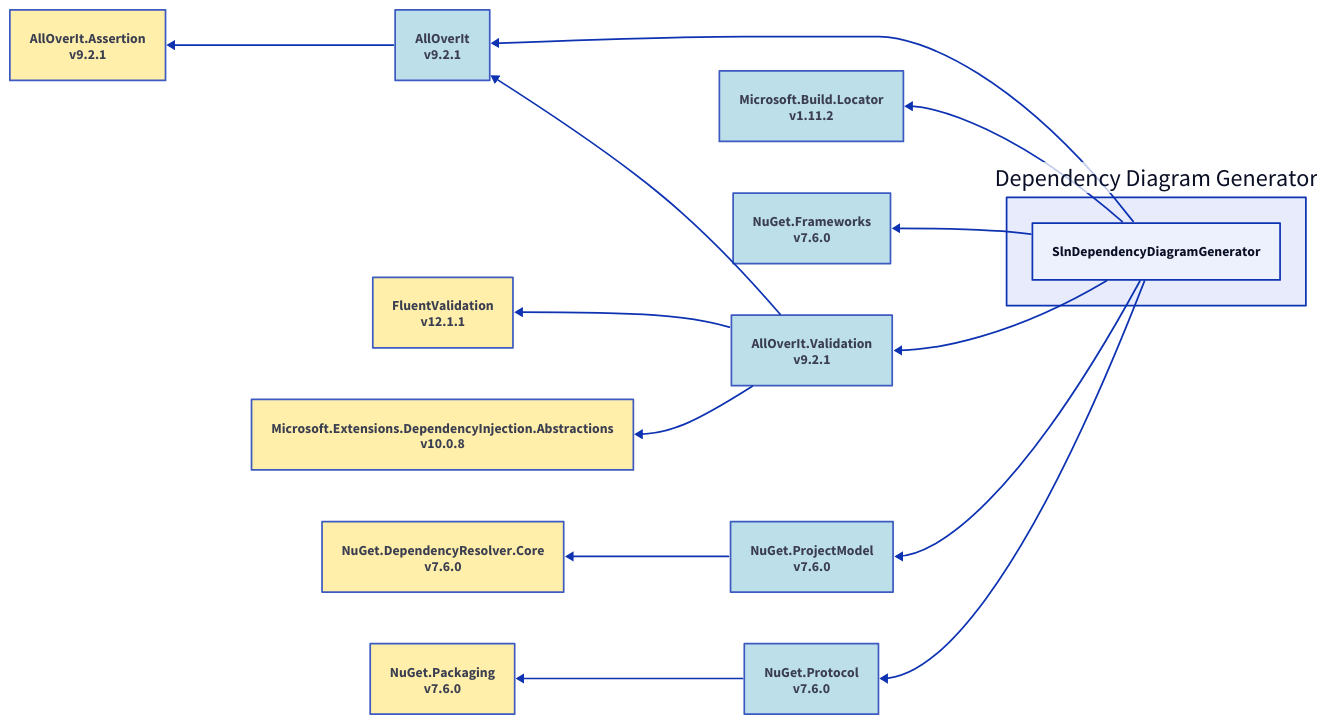
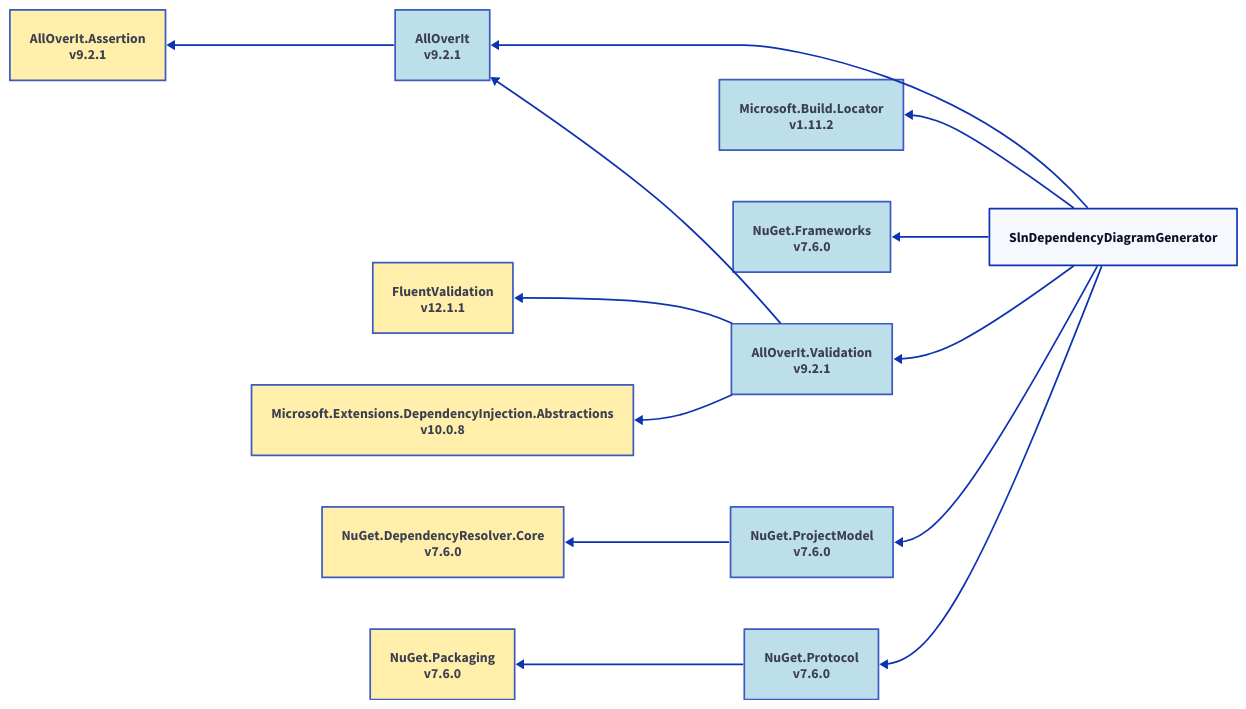
The diagram in Samples/Output/net9.0/d2/dependency diagram generator-all.d2 (mjfreelancing/SlnDependencyDiagramGenerator), drawn with D2 before and after one commit. The commit also changed 71 other files, not shown here.

Commit message:
Add support in sample app for config file overrides using env variable - allows per diagram config overrides

```diff
--- a/Samples/Output/net9.0/d2/dependency diagram generator-all.d2
+++ b/Samples/Output/net9.0/d2/dependency diagram generator-all.d2
@@ -1,51 +1,48 @@
 direction: left
 
-ddg: Dependency Diagram Generator
-ddg.slndependencydiagramgenerator: SlnDependencyDiagramGenerator
+slndependencydiagramgenerator: SlnDependencyDiagramGenerator
 alloverit_9-2-1: AllOverIt\nv9.2.1
 alloverit-assertion_9-2-1: AllOverIt.Assertion\nv9.2.1
 alloverit-validation_9-2-1: AllOverIt.Validation\nv9.2.1
 fluentvalidation_12-1-1: FluentValidation\nv12.1.1
 microsoft-extensions-dependencyinjection-abstractions_10-0-8: Microsoft.Extensions.DependencyInjection.Abstractions\nv10.0.8
 microsoft-build-locator_1-11-2: Microsoft.Build.Locator\nv1.11.2
 nuget-frameworks_7-6-0: NuGet.Frameworks\nv7.6.0
 nuget-projectmodel_7-6-0: NuGet.ProjectModel\nv7.6.0
 nuget-dependencyresolver-core_7-6-0: NuGet.DependencyResolver.Core\nv7.6.0
 nuget-protocol_7-6-0: NuGet.Protocol\nv7.6.0
 nuget-packaging_7-6-0: NuGet.Packaging\nv7.6.0
-alloverit_9-2-1 <- ddg.slndependencydiagramgenerator
+alloverit_9-2-1 <- slndependencydiagramgenerator
 alloverit-assertion_9-2-1 <- alloverit_9-2-1
-alloverit-validation_9-2-1 <- ddg.slndependencydiagramgenerator
+alloverit-validation_9-2-1 <- slndependencydiagramgenerator
 alloverit_9-2-1 <- alloverit-validation_9-2-1
 fluentvalidation_12-1-1 <- alloverit-validation_9-2-1
 microsoft-extensions-dependencyinjection-abstractions_10-0-8 <- alloverit-validation_9-2-1
-microsoft-build-locator_1-11-2 <- ddg.slndependencydiagramgenerator
-nuget-frameworks_7-6-0 <- ddg.slndependencydiagramgenerator
-nuget-projectmodel_7-6-0 <- ddg.slndependencydiagramgenerator
+microsoft-build-locator_1-11-2 <- slndependencydiagramgenerator
+nuget-frameworks_7-6-0 <- slndependencydiagramgenerator
+nuget-projectmodel_7-6-0 <- slndependencydiagramgenerator
 nuget-dependencyresolver-core_7-6-0 <- nuget-projectmodel_7-6-0
-nuget-protocol_7-6-0 <- ddg.slndependencydiagramgenerator
+nuget-protocol_7-6-0 <- slndependencydiagramgenerator
 nuget-packaging_7-6-0 <- nuget-protocol_7-6-0
 alloverit_9-2-1.style.fill: "#ADD8E6"
 alloverit_9-2-1.style.opacity: 0.8
 alloverit-assertion_9-2-1.style.fill: "#FFEC96"
 alloverit-assertion_9-2-1.style.opacity: 0.8
 alloverit-validation_9-2-1.style.fill: "#ADD8E6"
 alloverit-validation_9-2-1.style.opacity: 0.8
 fluentvalidation_12-1-1.style.fill: "#FFEC96"
 fluentvalidation_12-1-1.style.opacity: 0.8
 microsoft-extensions-dependencyinjection-abstractions_10-0-8.style.fill: "#FFEC96"
 microsoft-extensions-dependencyinjection-abstractions_10-0-8.style.opacity: 0.8
 microsoft-build-locator_1-11-2.style.fill: "#ADD8E6"
 microsoft-build-locator_1-11-2.style.opacity: 0.8
 nuget-frameworks_7-6-0.style.fill: "#ADD8E6"
 nuget-frameworks_7-6-0.style.opacity: 0.8
 nuget-projectmodel_7-6-0.style.fill: "#ADD8E6"
 nuget-projectmodel_7-6-0.style.opacity: 0.8
 nuget-dependencyresolver-core_7-6-0.style.fill: "#FFEC96"
 nuget-dependencyresolver-core_7-6-0.style.opacity: 0.8
 nuget-protocol_7-6-0.style.fill: "#ADD8E6"
 nuget-protocol_7-6-0.style.opacity: 0.8
 nuget-packaging_7-6-0.style.fill: "#FFEC96"
 nuget-packaging_7-6-0.style.opacity: 0.8
-ddg.style.fill: "#E7EBFC"
-ddg.style.opacity: 1
```
